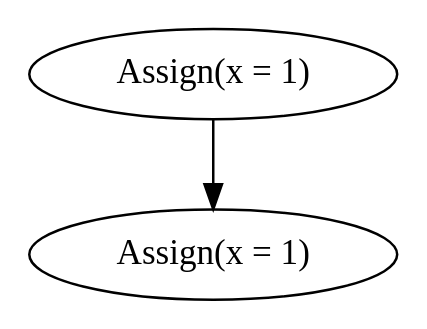
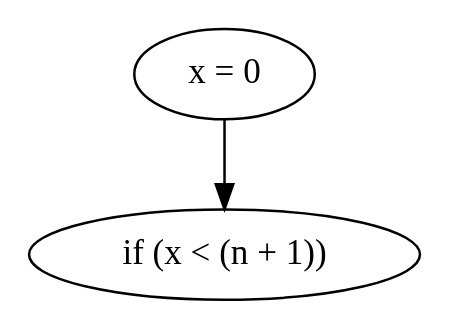
Before and after one commit to WorldofKerry/ToHDL: the diagram in graph.dot, drawn with Graphviz. The commit also changed 6 other files, not shown here.

```diff
--- a/graph.dot
+++ b/graph.dot
@@ -1,5 +1,5 @@
 digraph {
-    0 [ label = "Assign(x = 1)" ]
-    1 [ label = "Assign(x = 1)" ]
+    0 [ label = "x = 0" ]
+    1 [ label = "if (x < (n + 1))" ]
     0 -> 1 [ ]
 }
```
